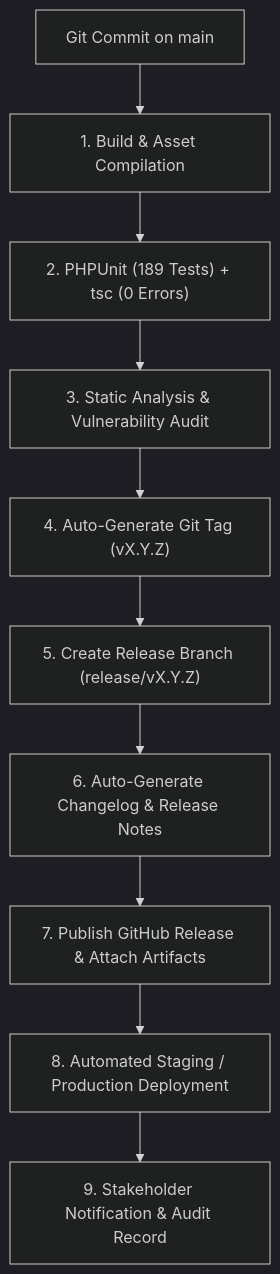
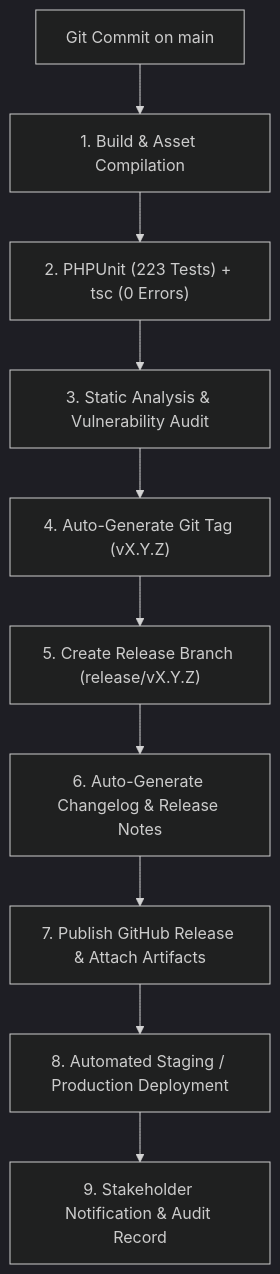
The diagram in docs/ARCHITECTURE_AND_ROADMAP.md (developer-somnath/sociosphere), drawn with Mermaid (dark theme) before and after one commit. The commit also changed other lines of this file and 27 other files, not shown here.

````diff
--- a/docs/ARCHITECTURE_AND_ROADMAP.md
+++ b/docs/ARCHITECTURE_AND_ROADMAP.md
@@ -34,12 +34,12 @@
 ```mermaid
 flowchart TD
     Commit["Git Commit on main"] --> CI_Build["1. Build & Asset Compilation"]
-    CI_Build --> CI_Test["2. PHPUnit (189 Tests) + tsc (0 Errors)"]
+    CI_Build --> CI_Test["2. PHPUnit (223 Tests) + tsc (0 Errors)"]
     CI_Test --> CI_Security["3. Static Analysis & Vulnerability Audit"]
     CI_Security --> CI_Tag["4. Auto-Generate Git Tag (vX.Y.Z)"]
     CI_Tag --> CI_Branch["5. Create Release Branch (release/vX.Y.Z)"]
     CI_Branch --> CI_Changelog["6. Auto-Generate Changelog & Release Notes"]
     CI_Changelog --> CI_GitHub["7. Publish GitHub Release & Attach Artifacts"]
     CI_GitHub --> CI_Deploy["8. Automated Staging / Production Deployment"]
     CI_Deploy --> CI_Notify["9. Stakeholder Notification & Audit Record"]
 ```
````
